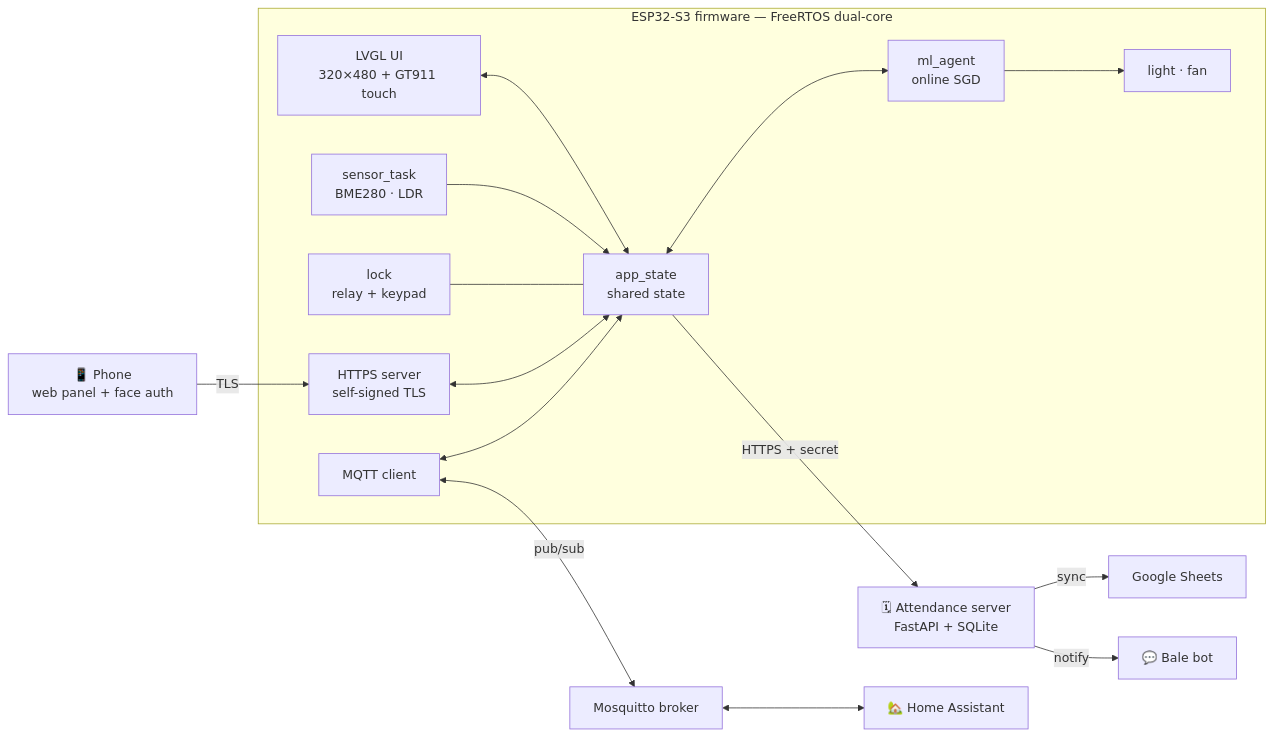
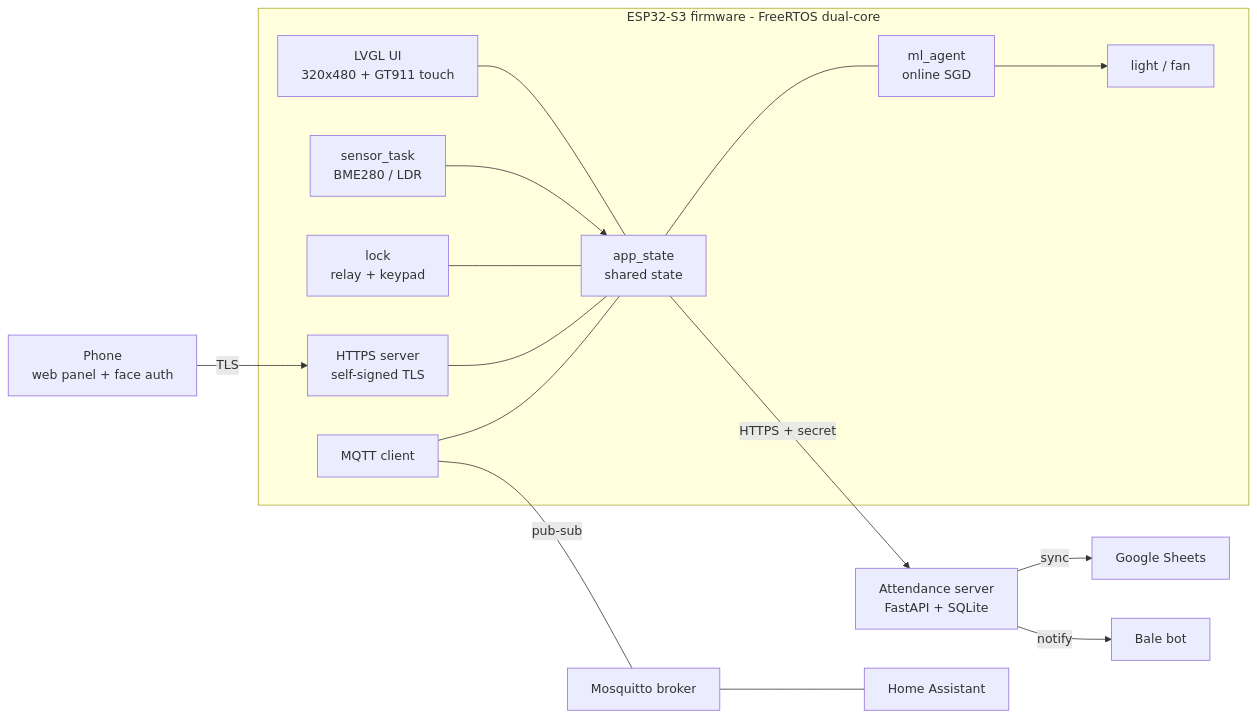
One commit to MohammadSoroushRabiei/Smart-Home changed the diagram in README.md. Above: the diagram before and after it, drawn with Mermaid.

Commit message:
docs(readme): fix mermaid diagram not rendering on GitHub
replace bidirectional <--> edges (with inline node definitions and
labeled variants) with the conservative --- / --> forms that parse on
every mermaid version GitHub has shipped; drop unicode symbols and
emoji from node labels

````diff
--- a/README.md
+++ b/README.md
@@ -62,18 +62,33 @@
 ```mermaid
 flowchart LR
-    subgraph device["ESP32-S3 firmware — FreeRTOS dual-core"]
-        UI["LVGL UI<br/>320×480 + GT911 touch"] <--> ST["app_state<br/>shared state"]
-        SEN["sensor_task<br/>BME280 · LDR"] --> ST
-        ST <--> ML["ml_agent<br/>online SGD"]
-        ML --> DEV["light · fan"]
-        LCK["lock<br/>relay + keypad"] --- ST
-        WEB["HTTPS server<br/>self-signed TLS"] <--> ST
-        MQTT["MQTT client"] <--> ST
+    subgraph SG["ESP32-S3 firmware - FreeRTOS dual-core"]
+        UI["LVGL UI<br/>320x480 + GT911 touch"]
+        ST["app_state<br/>shared state"]
+        SEN["sensor_task<br/>BME280 / LDR"]
+        ML["ml_agent<br/>online SGD"]
+        DEV["light / fan"]
+        LCK["lock<br/>relay + keypad"]
+        WEB["HTTPS server<br/>self-signed TLS"]
+        MQTT["MQTT client"]
     end
-    P["📱 Phone<br/>web panel + face auth"] -->|TLS| WEB
-    MQTT <-->|pub/sub| BR["Mosquitto broker"]
-    BR <--> HA["🏡 Home Assistant"]
-    ST -->|"HTTPS + secret"| SRV["🗓 Attendance server<br/>FastAPI + SQLite"]
-    SRV -->|sync| GS["Google Sheets"]
-    SRV -->|notify| BB["💬 Bale bot"]
+    P["Phone<br/>web panel + face auth"]
+    BR["Mosquitto broker"]
+    HA["Home Assistant"]
+    SRV["Attendance server<br/>FastAPI + SQLite"]
+    GS["Google Sheets"]
+    BB["Bale bot"]
+
+    UI --- ST
+    SEN --> ST
+    ST --- ML
+    ML --> DEV
+    LCK --- ST
+    WEB --- ST
+    MQTT --- ST
+    P -->|TLS| WEB
+    MQTT ---|pub-sub| BR
+    BR --- HA
+    ST -->|HTTPS + secret| SRV
+    SRV -->|sync| GS
+    SRV -->|notify| BB
 ```
````
